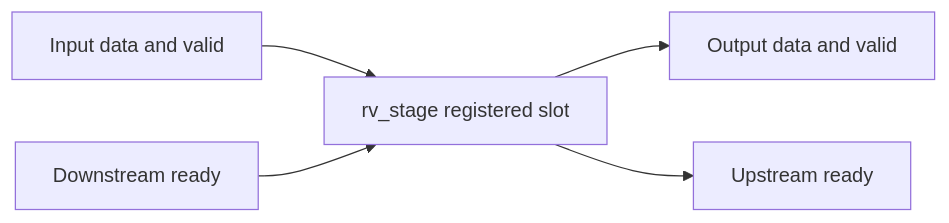
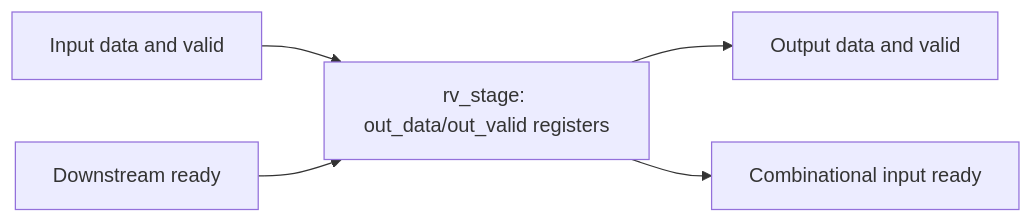
Before and after one commit to Peiki0622/rtl2spec_skill: the diagram in examples/demo_output/ip_spec.md, drawn with Mermaid. The commit also changed other lines of this file and 21 other files, not shown here.

````diff
--- a/examples/demo_output/ip_spec.md
+++ b/examples/demo_output/ip_spec.md
@@ -14,7 +54,7 @@
 ```mermaid
 flowchart LR
-   I[Input data and valid] --> R[rv_stage registered slot]
-   R --> O[Output data and valid]
-   D[Downstream ready] --> R
-   R --> U[Upstream ready]
+  I[Input data and valid] --> R[rv_stage: out_data/out_valid registers]
+  D[Downstream ready] --> R
+  R --> O[Output data and valid]
+  R --> U[Combinational input ready]
 ```
````
